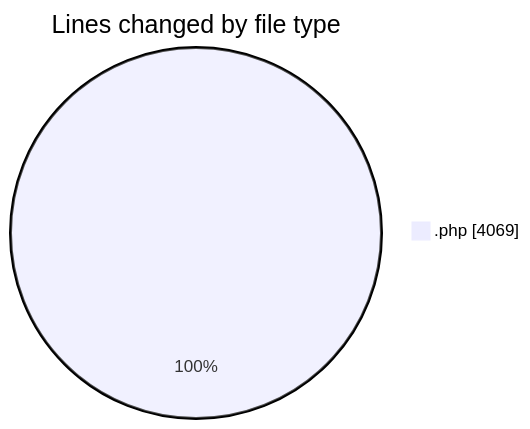
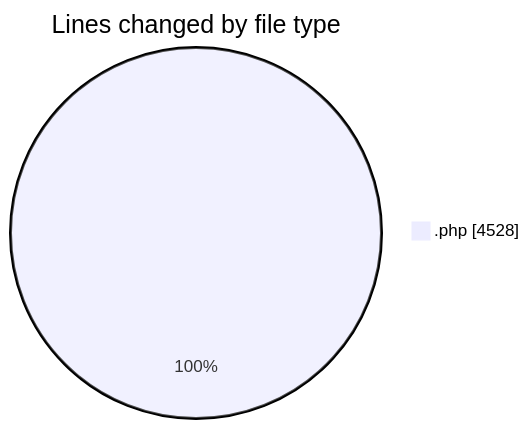
One commit to debugP/code-tracking changed the first of 2 diagrams in 2025-10-03/untitled__workspace_/README.md. Above: the diagram before and after it, drawn with Mermaid. The commit also changed other lines of this file and 1 other file, not shown here.

````diff
--- a/2025-10-03/untitled__workspace_/README.md
+++ b/2025-10-03/untitled__workspace_/README.md
@@ -21,5 +22,5 @@
 ```mermaid
 pie showData
 title Lines changed by file type
-".php" : 4069
+".php" : 4528
 ```
````
